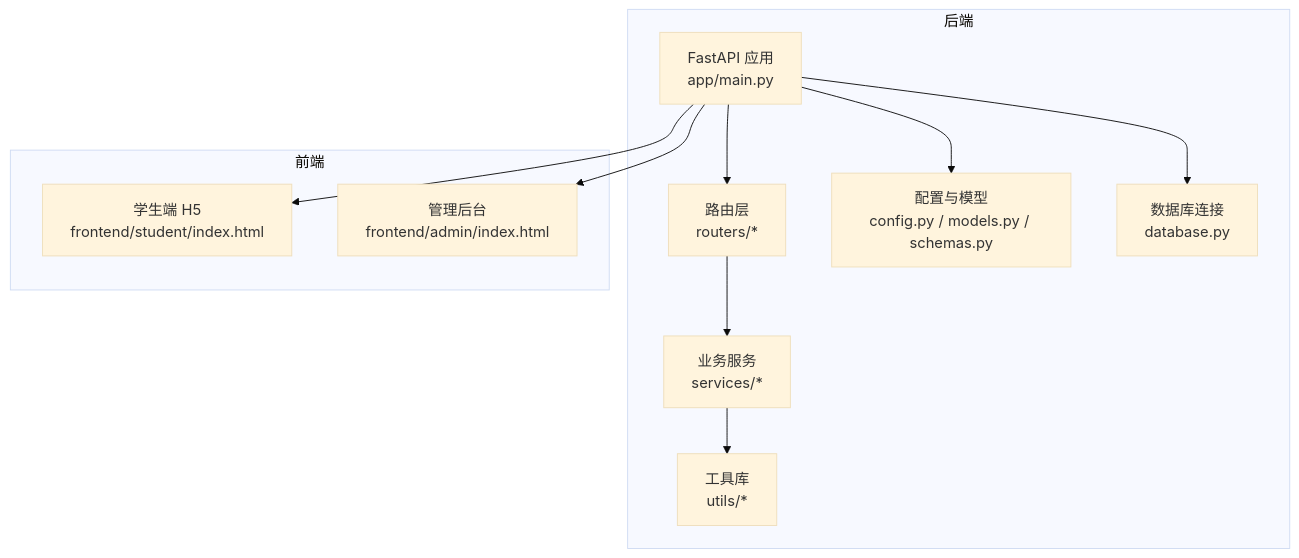
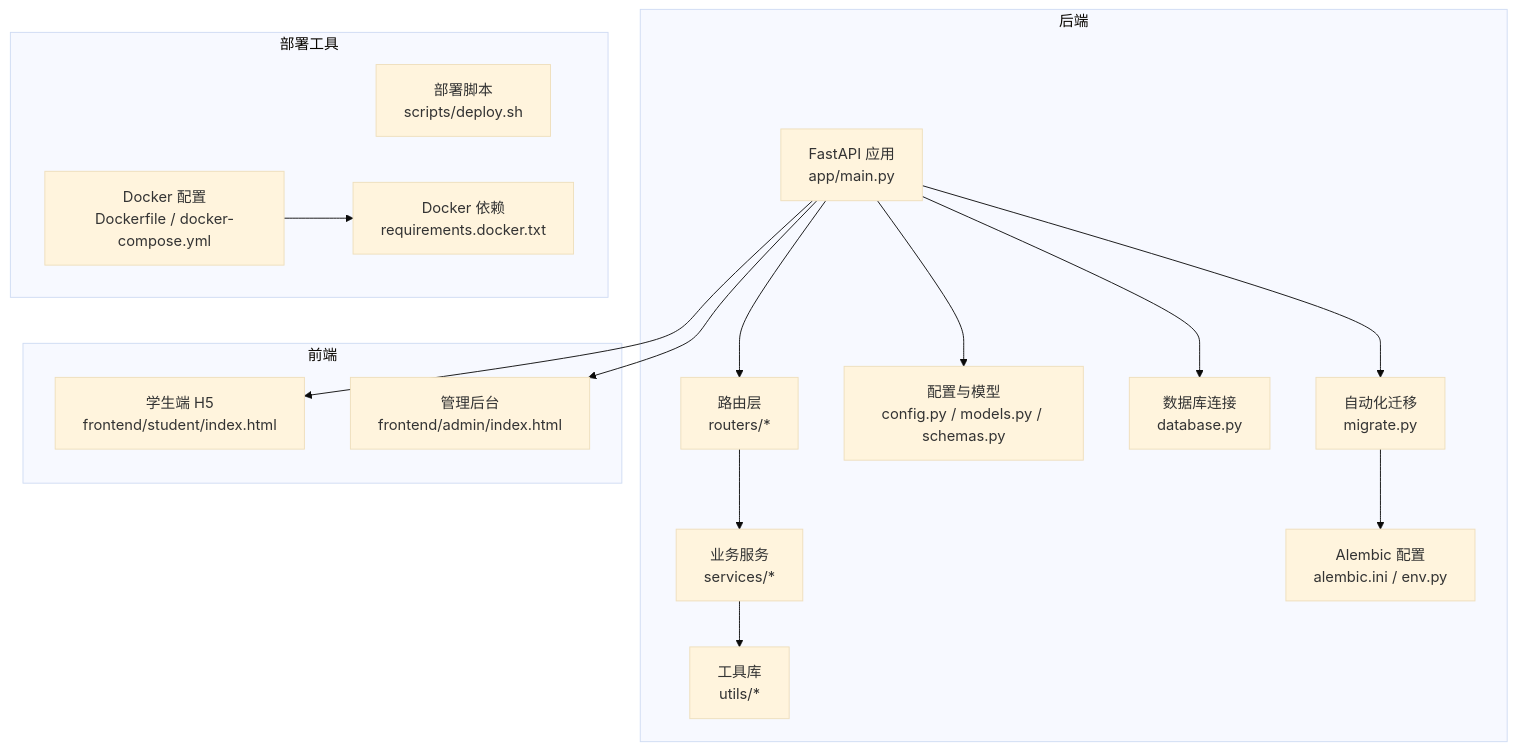
The first of 8 diagrams in .qoder/repowiki/zh/content/部署与运维指南/部署与运维指南.md (onebody/homework), drawn with Mermaid (base theme) before and after one commit. The commit also changed other lines of this file and 9 other files, not shown here.

````diff
--- a/.qoder/repowiki/zh/content/部署与运维指南/部署与运维指南.md
+++ b/.qoder/repowiki/zh/content/部署与运维指南/部署与运维指南.md
@@ -57,22 +72,32 @@
 ```mermaid
 graph TB
 subgraph "后端"
 A["FastAPI 应用<br/>app/main.py"]
 B["路由层<br/>routers/*"]
 C["业务服务<br/>services/*"]
 D["工具库<br/>utils/*"]
 E["配置与模型<br/>config.py / models.py / schemas.py"]
 F["数据库连接<br/>database.py"]
+G["自动化迁移<br/>migrate.py"]
+H["Alembic 配置<br/>alembic.ini / env.py"]
+end
+subgraph "部署工具"
+I["部署脚本<br/>scripts/deploy.sh"]
+J["Docker 配置<br/>Dockerfile / docker-compose.yml"]
+K["Docker 依赖<br/>requirements.docker.txt"]
 end
 subgraph "前端"
-G["学生端 H5<br/>frontend/student/index.html"]
-H["管理后台<br/>frontend/admin/index.html"]
+L["学生端 H5<br/>frontend/student/index.html"]
+M["管理后台<br/>frontend/admin/index.html"]
 end
 A --> B
 B --> C
 C --> D
 A --> E
 A --> F
 A --> G
-A --> H
+G --> H
+J --> K
+A --> L
+A --> M
 ```
````
